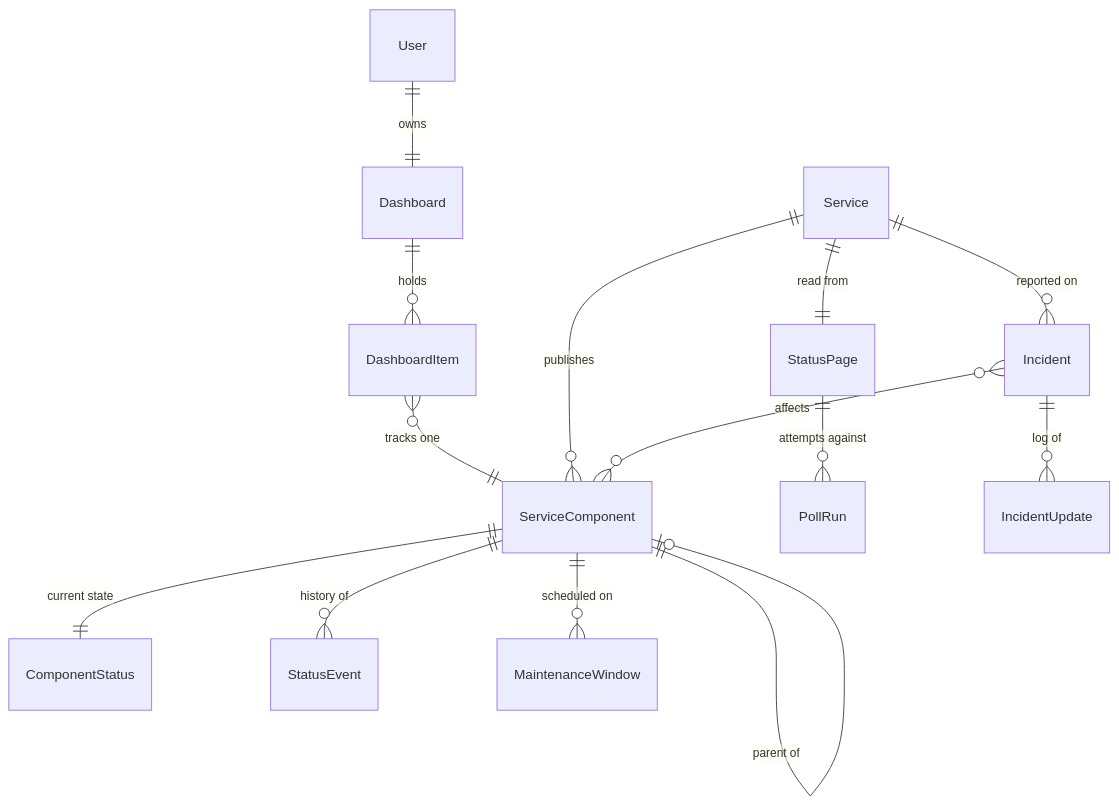
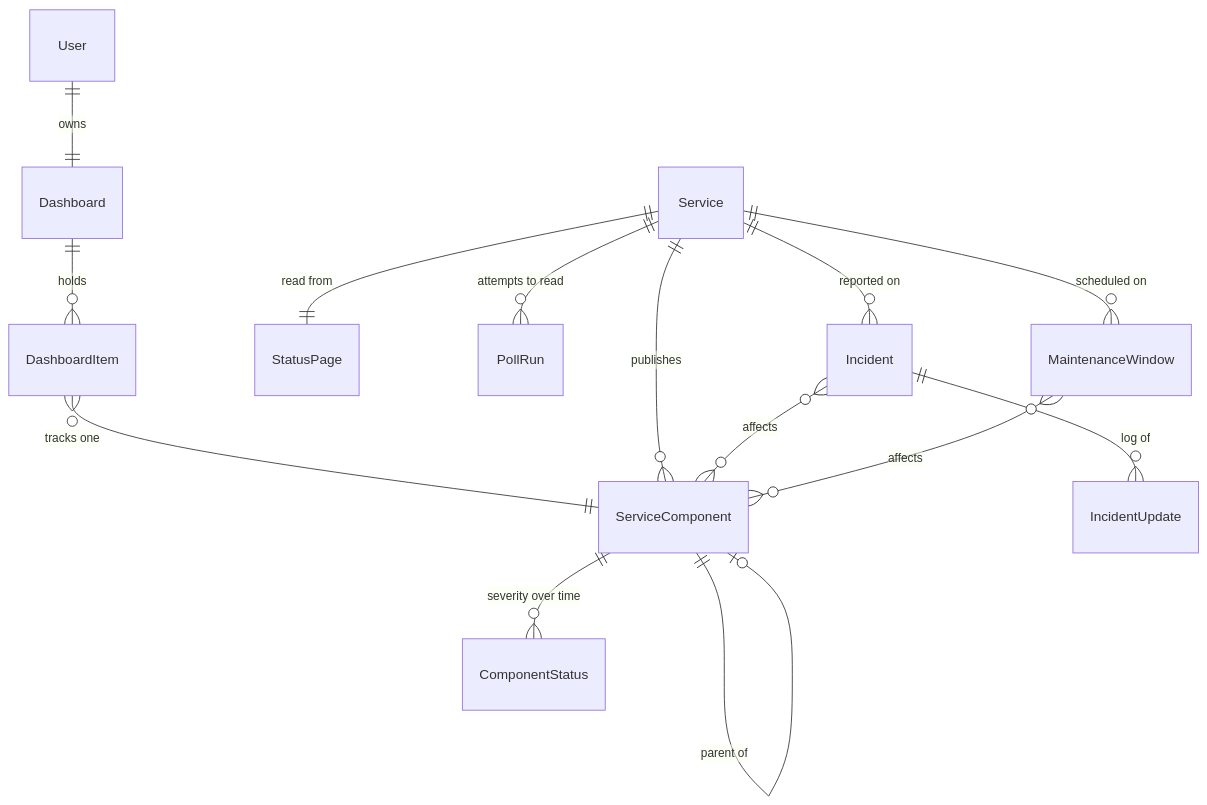
Before and after one commit to thalida/statusboard: the diagram in docs/specs/2026-08-23-statusboard-design.md, drawn with Mermaid. The commit also changed other lines of this file and 1 other file, not shown here.

First line of the commit message:
docs: one status table, maintenance shaped like incidents, PollRun on the service

````diff
--- a/docs/specs/2026-08-23-statusboard-design.md
+++ b/docs/specs/2026-08-23-statusboard-design.md
@@ -84,18 +84,18 @@
 ```mermaid
 erDiagram
     User ||--|| Dashboard : owns
     Dashboard ||--o{ DashboardItem : holds
     DashboardItem }o--|| ServiceComponent : "tracks one"
 
     Service ||--|| StatusPage : "read from"
     Service ||--o{ ServiceComponent : publishes
     ServiceComponent ||--o| ServiceComponent : "parent of"
-    ServiceComponent ||--|| ComponentStatus : "current state"
-    ServiceComponent ||--o{ StatusEvent : "history of"
-    ServiceComponent ||--o{ MaintenanceWindow : "scheduled on"
+    ServiceComponent ||--o{ ComponentStatus : "severity over time"
 
-    StatusPage ||--o{ PollRun : "attempts against"
+    Service ||--o{ PollRun : "attempts to read"
     Service ||--o{ Incident : "reported on"
+    Service ||--o{ MaintenanceWindow : "scheduled on"
     Incident ||--o{ IncidentUpdate : "log of"
     Incident }o--o{ ServiceComponent : affects
+    MaintenanceWindow }o--o{ ServiceComponent : affects
 ```
````
